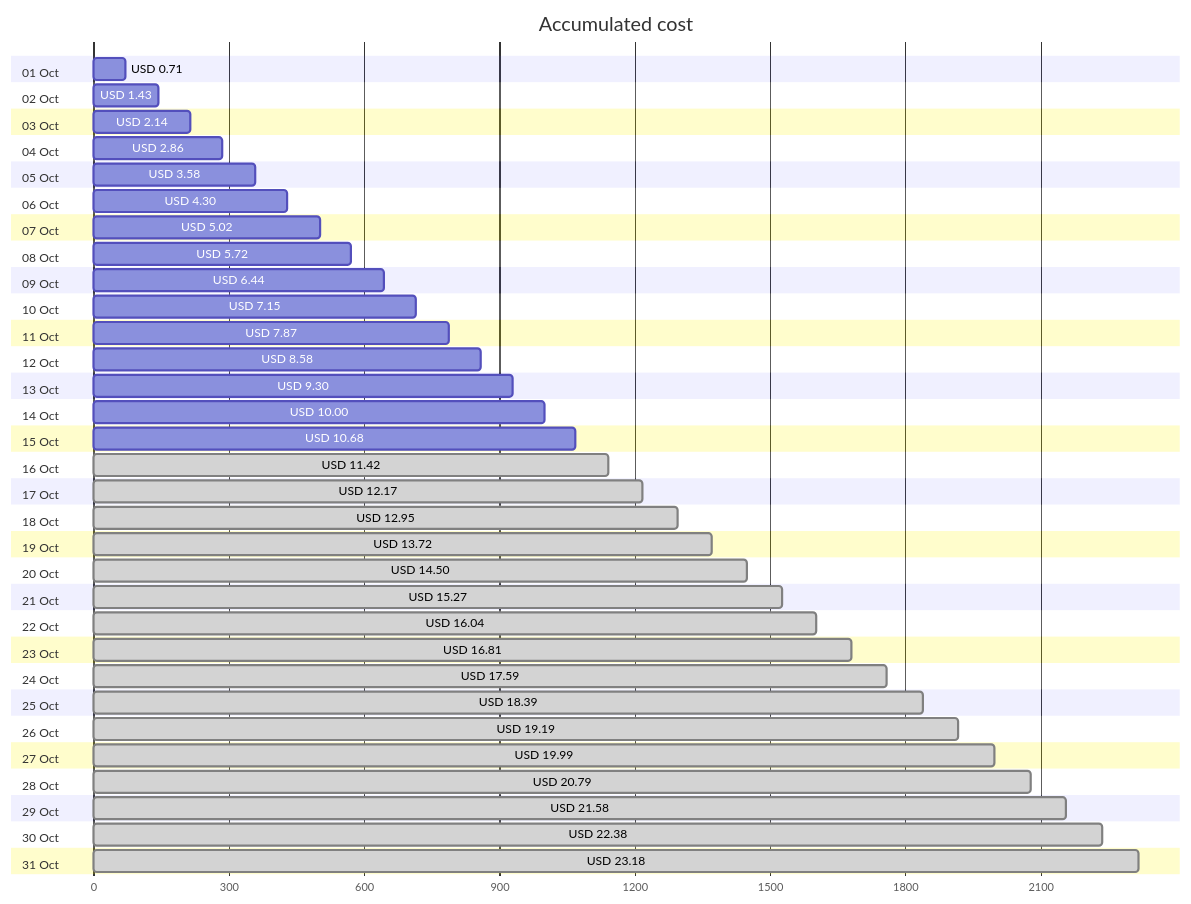
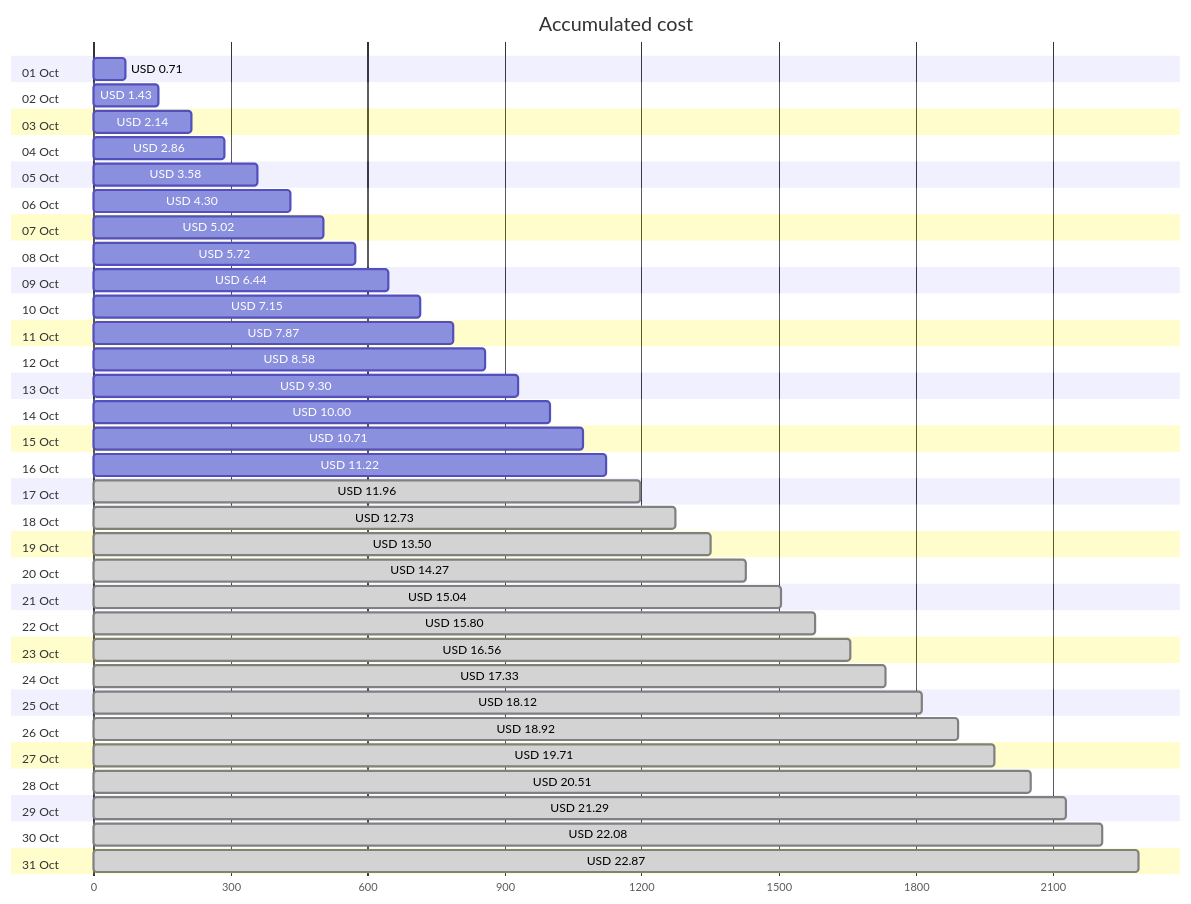
The first of 4 diagrams in cost-reports/personal-network/backup-server-data-disk.md (jpfulton/azure-personal-reports), drawn with Mermaid before and after one commit. The commit also changed other lines of this file and 8 other files, not shown here.

````diff
--- a/cost-reports/personal-network/backup-server-data-disk.md
+++ b/cost-reports/personal-network/backup-server-data-disk.md
@@ -20,68 +20,68 @@
 ```mermaid
 gantt
    title Accumulated cost
    dateFormat  X
    axisFormat %s
    section 01 Oct
    USD 0.71 :0, 71
    section 02 Oct
    USD 1.43 :0, 143
    section 03 Oct
    USD 2.14 :0, 214
    section 04 Oct
    USD 2.86 :0, 286
    section 05 Oct
    USD 3.58 :0, 358
    section 06 Oct
    USD 4.30 :0, 430
    section 07 Oct
    USD 5.02 :0, 502
    section 08 Oct
    USD 5.72 :0, 572
    section 09 Oct
    USD 6.44 :0, 644
    section 10 Oct
    USD 7.15 :0, 715
    section 11 Oct
    USD 7.87 :0, 787
    section 12 Oct
    USD 8.58 :0, 858
    section 13 Oct
    USD 9.30 :0, 930
    section 14 Oct
    USD 10.00 :0, 1000
    section 15 Oct
-   USD 10.68 :0, 1068
+   USD 10.71 :0, 1071
    section 16 Oct
-   USD 11.42 : done, 0, 1142
+   USD 11.22 :0, 1122
    section 17 Oct
-   USD 12.17 : done, 0, 1217
+   USD 11.96 : done, 0, 1196
    section 18 Oct
-   USD 12.95 : done, 0, 1295
+   USD 12.73 : done, 0, 1273
    section 19 Oct
-   USD 13.72 : done, 0, 1372
+   USD 13.50 : done, 0, 1350
    section 20 Oct
-   USD 14.50 : done, 0, 1450
+   USD 14.27 : done, 0, 1427
    section 21 Oct
-   USD 15.27 : done, 0, 1527
+   USD 15.04 : done, 0, 1504
    section 22 Oct
-   USD 16.04 : done, 0, 1604
+   USD 15.80 : done, 0, 1580
    section 23 Oct
-   USD 16.81 : done, 0, 1681
+   USD 16.56 : done, 0, 1656
    section 24 Oct
-   USD 17.59 : done, 0, 1759
+   USD 17.33 : done, 0, 1733
    section 25 Oct
-   USD 18.39 : done, 0, 1839
+   USD 18.12 : done, 0, 1812
    section 26 Oct
-   USD 19.19 : done, 0, 1919
+   USD 18.92 : done, 0, 1892
    section 27 Oct
-   USD 19.99 : done, 0, 1999
+   USD 19.71 : done, 0, 1971
    section 28 Oct
-   USD 20.79 : done, 0, 2079
+   USD 20.51 : done, 0, 2051
    section 29 Oct
-   USD 21.58 : done, 0, 2158
+   USD 21.29 : done, 0, 2129
    section 30 Oct
-   USD 22.38 : done, 0, 2238
+   USD 22.08 : done, 0, 2208
    section 31 Oct
-   USD 23.18 : done, 0, 2318
+   USD 22.87 : done, 0, 2287
 ```
````
